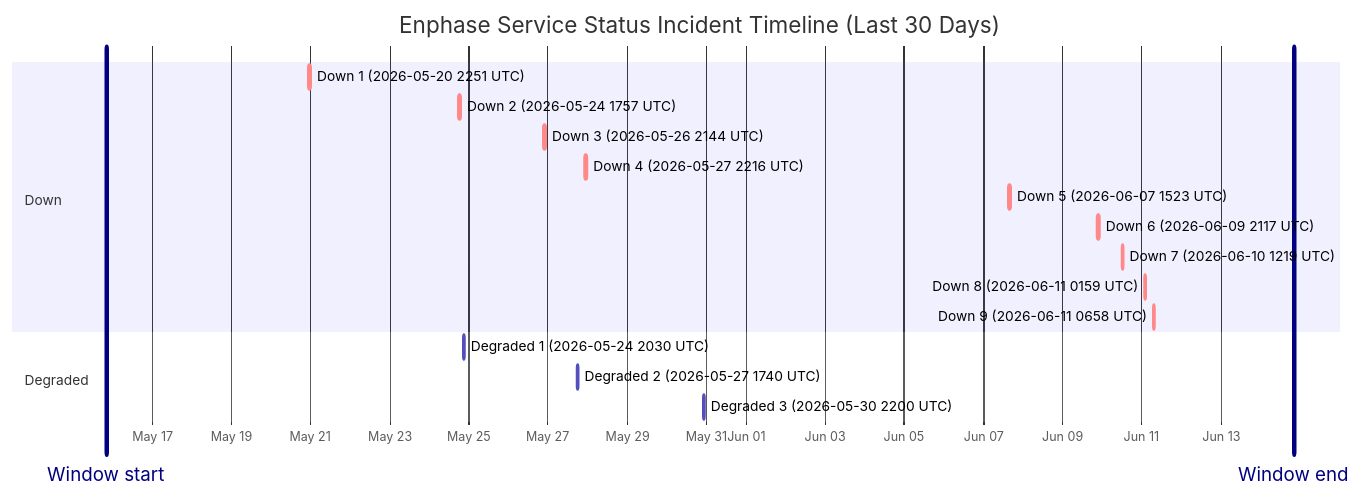
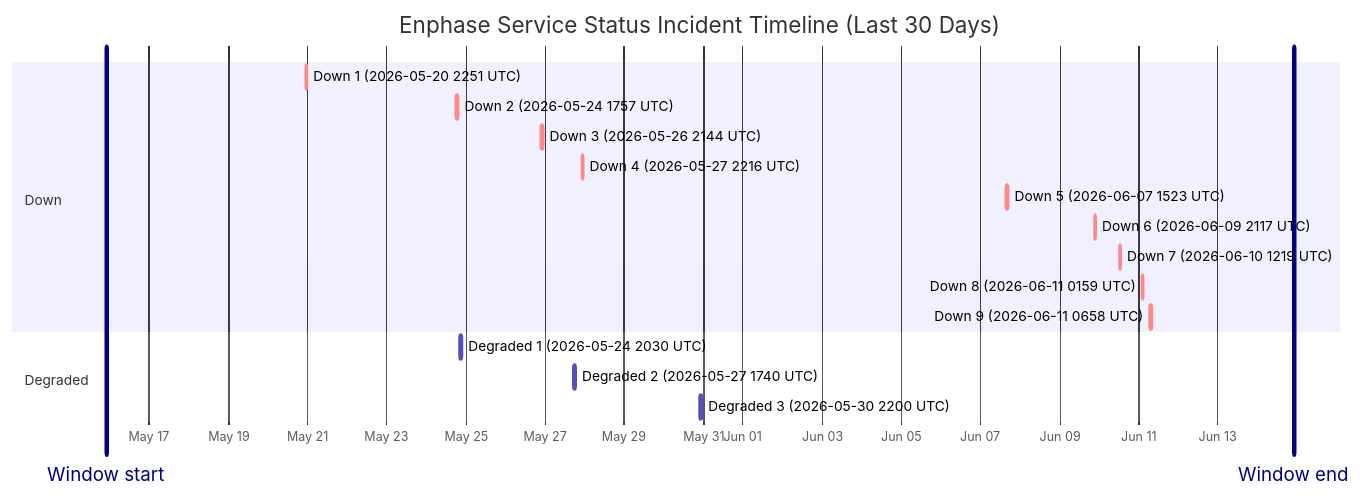
Before and after one commit to barneyonline/ha-enphase-energy: the diagram in wiki/Service-Status-History.md, drawn with Mermaid. The commit also changed other lines of this file and 3 other files, not shown here.

````diff
--- a/wiki/Service-Status-History.md
+++ b/wiki/Service-Status-History.md
@@ -14,22 +14,22 @@
 ```mermaid
 gantt
     title Enphase Service Status Incident Timeline (Last 30 Days)
     dateFormat  YYYY-MM-DDTHH:mm:ss
     axisFormat  %b %d
-    Window start :vert, window-start, 2026-05-15T20:05:43, 0ms
-    Window end :vert, window-end, 2026-06-14T20:05:43, 0ms
+    Window start :vert, window-start, 2026-05-15T21:51:17, 0ms
+    Window end :vert, window-end, 2026-06-14T21:51:17, 0ms
     section Down
     Down 1 (2026-05-20 2251 UTC) :crit, down-1, 2026-05-20T22:51:14, 75m
     Down 2 (2026-05-24 1757 UTC) :crit, down-2, 2026-05-24T17:57:41, 86m
     Down 3 (2026-05-26 2144 UTC) :crit, down-3, 2026-05-26T21:44:11, 85m
     Down 4 (2026-05-27 2216 UTC) :crit, down-4, 2026-05-27T22:16:53, 87m
     Down 5 (2026-06-07 1523 UTC) :crit, down-5, 2026-06-07T15:23:22, 87m
     Down 6 (2026-06-09 2117 UTC) :crit, down-6, 2026-06-09T21:17:17, 60m
     Down 7 (2026-06-10 1219 UTC) :crit, down-7, 2026-06-10T12:19:21, 60m
     Down 8 (2026-06-11 0159 UTC) :crit, down-8, 2026-06-11T01:59:36, 60m
     Down 9 (2026-06-11 0658 UTC) :crit, down-9, 2026-06-11T06:58:45, 60m
     section Degraded
     Degraded 1 (2026-05-24 2030 UTC) :active, degraded-1, 2026-05-24T20:30:57, 84m
     Degraded 2 (2026-05-27 1740 UTC) :active, degraded-2, 2026-05-27T17:40:52, 60m
     Degraded 3 (2026-05-30 2200 UTC) :active, degraded-3, 2026-05-30T22:00:37, 60m
 ```
````
